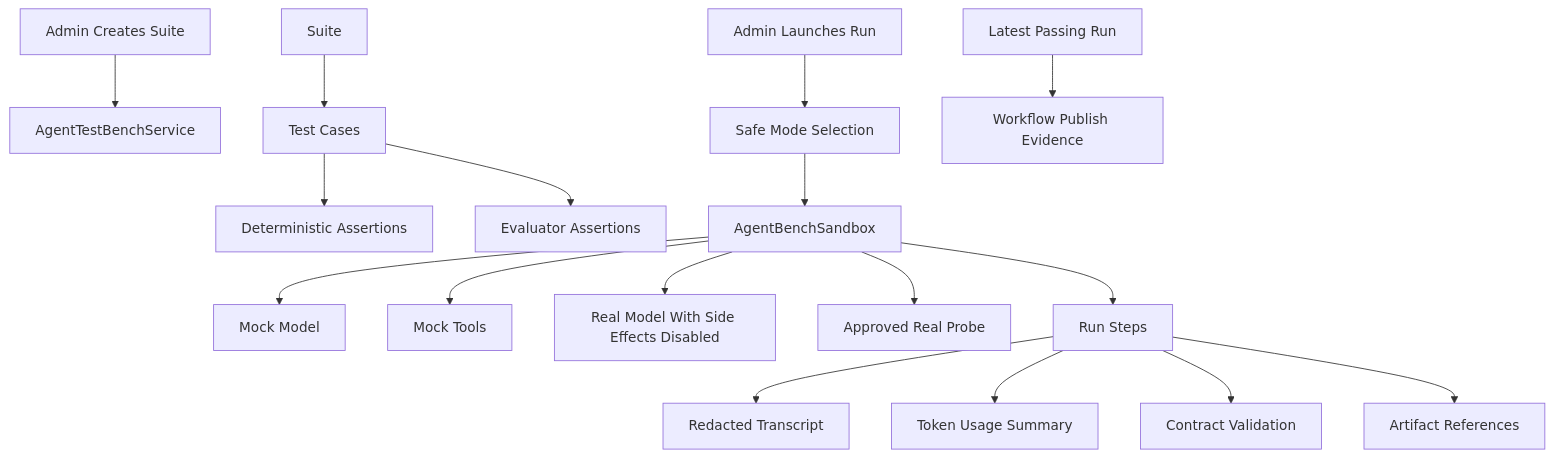
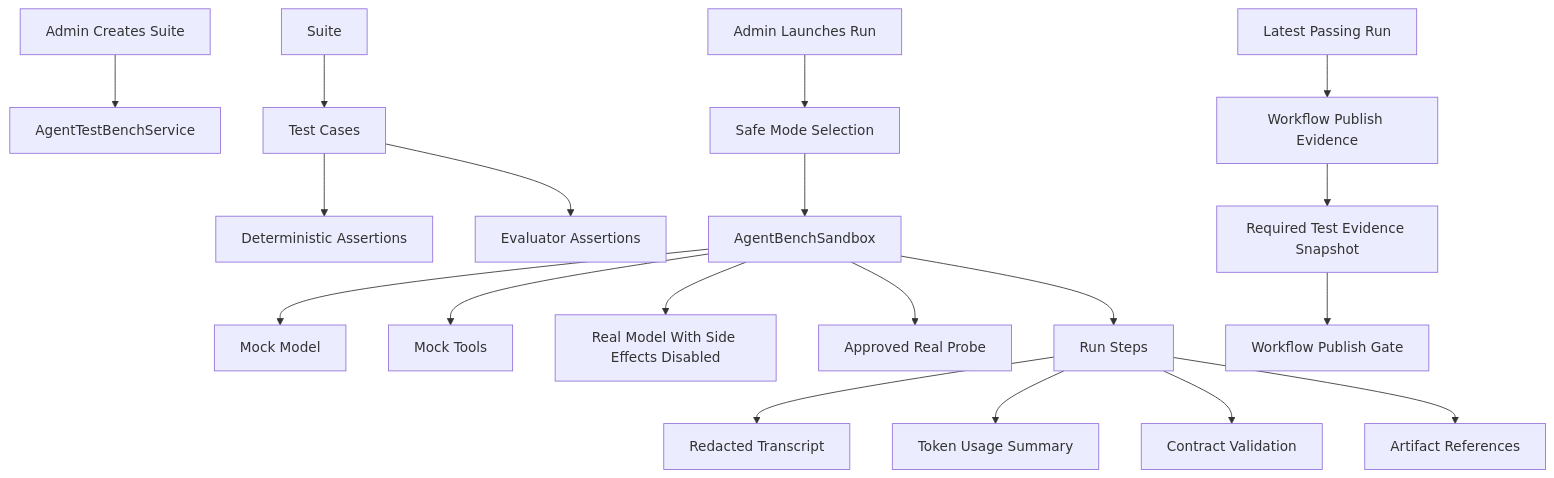
Diagram 17 of 35 in system_architecture.md (scott5252/multi-agent), drawn with Mermaid before and after one commit. The commit also changed other lines of this file and 6 other files, not shown here.

````diff
--- a/system_architecture.md
+++ b/system_architecture.md
@@ -993,19 +1247,21 @@
 ```mermaid
 flowchart TD
     f14n1["Admin Creates Suite"] --> f14n2["AgentTestBenchService"]
     f14n3["Suite"] --> f14n4["Test Cases"]
     f14n4["Test Cases"] --> f14n5["Deterministic Assertions"]
     f14n4["Test Cases"] --> f14n6["Evaluator Assertions"]
     f14n7["Admin Launches Run"] --> f14n8["Safe Mode Selection"]
     f14n8["Safe Mode Selection"] --> f14n9["AgentBenchSandbox"]
     f14n9["AgentBenchSandbox"] --> f14n10["Mock Model"]
     f14n9["AgentBenchSandbox"] --> f14n11["Mock Tools"]
     f14n9["AgentBenchSandbox"] --> f14n12["Real Model With Side Effects Disabled"]
     f14n9["AgentBenchSandbox"] --> f14n13["Approved Real Probe"]
     f14n9["AgentBenchSandbox"] --> f14n14["Run Steps"]
     f14n14["Run Steps"] --> f14n15["Redacted Transcript"]
     f14n14["Run Steps"] --> f14n16["Token Usage Summary"]
     f14n14["Run Steps"] --> f14n17["Contract Validation"]
     f14n14["Run Steps"] --> f14n18["Artifact References"]
     f14n19["Latest Passing Run"] --> f14n20["Workflow Publish Evidence"]
+    f14n20["Workflow Publish Evidence"] --> f14n21["Required Test Evidence Snapshot"]
+    f14n21["Required Test Evidence Snapshot"] --> f14n22["Workflow Publish Gate"]
 ```
````
